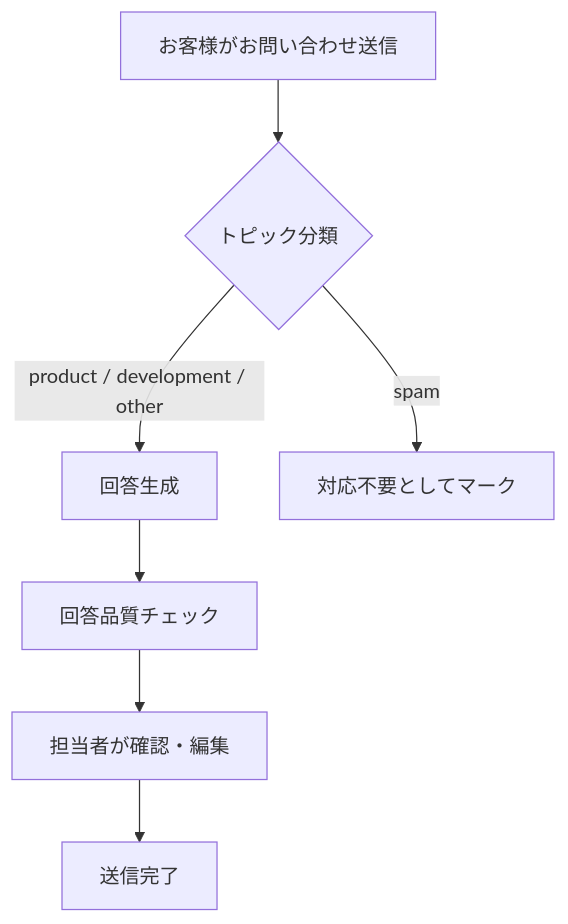
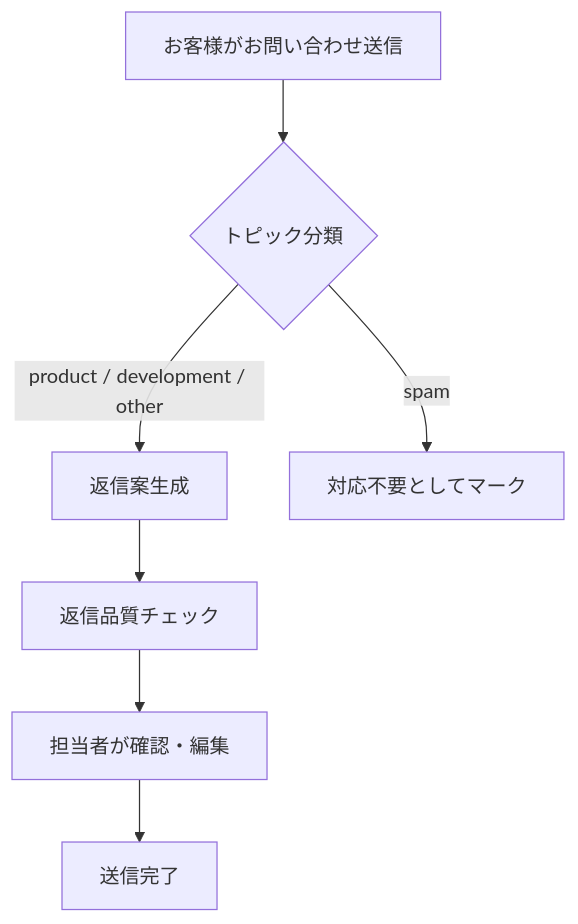
One commit to akiueno/llm-app-evals-book changed the fourth of 5 diagrams in starter/docs/spec.md. Above: the diagram before and after it, drawn with Mermaid. The commit also changed other lines of this file and 24 other files, not shown here.

````diff
--- a/starter/docs/spec.md
+++ b/starter/docs/spec.md
@@ -157,17 +157,17 @@
 ```mermaid
 flowchart TD
   A[お客様がお問い合わせ送信]
   B{トピック分類}
-  C[回答生成]
+  C[返信案生成]
   D[対応不要としてマーク]
-  E[回答品質チェック]
+  E[返信品質チェック]
   F[担当者が確認・編集]
   G[送信完了]
 
   A --> B
   B -->|product / development / other| C
   B -->|spam| D
   C --> E
   E --> F
   F --> G
 ```
````
